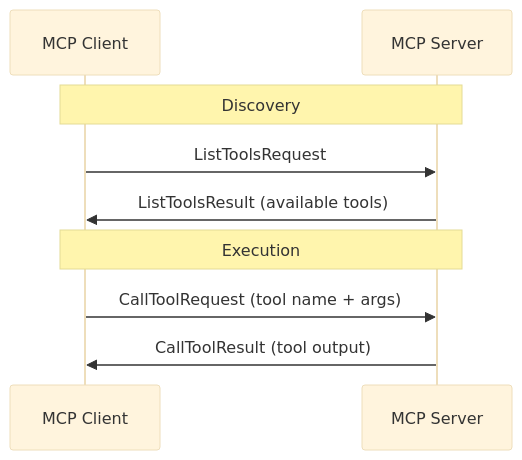
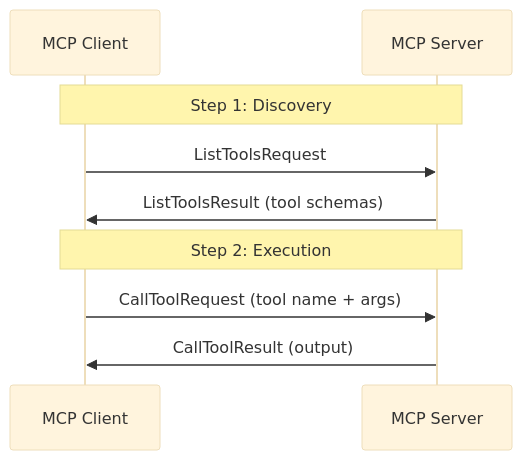
The fifth of 12 diagrams in 02-Building-with-the-Claude-API/07-Model-Context-Protocol.md (shreyabaid007/Claude-Certified-Architect), drawn with Mermaid (base theme) before and after one commit. The commit also changed other lines of this file, not shown here.

````diff
--- a/02-Building-with-the-Claude-API/07-Model-Context-Protocol.md
+++ b/02-Building-with-the-Claude-API/07-Model-Context-Protocol.md
@@ -120,13 +159,13 @@
 ```mermaid
 sequenceDiagram
     participant C as MCP Client
     participant S as MCP Server
 
-    Note over C,S: Discovery
+    Note over C,S: Step 1: Discovery
     C->>S: ListToolsRequest
-    S->>C: ListToolsResult (available tools)
+    S->>C: ListToolsResult (tool schemas)
 
-    Note over C,S: Execution
+    Note over C,S: Step 2: Execution
     C->>S: CallToolRequest (tool name + args)
-    S->>C: CallToolResult (tool output)
+    S->>C: CallToolResult (output)
 ```
````
